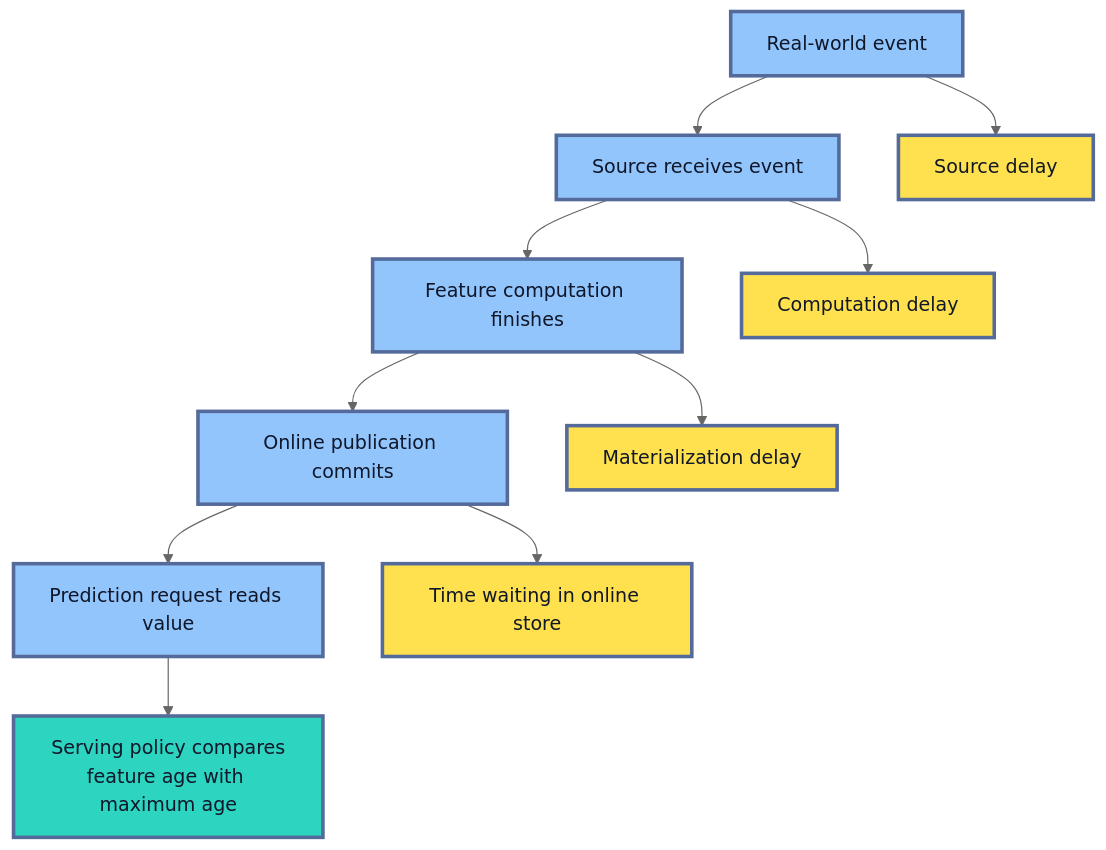
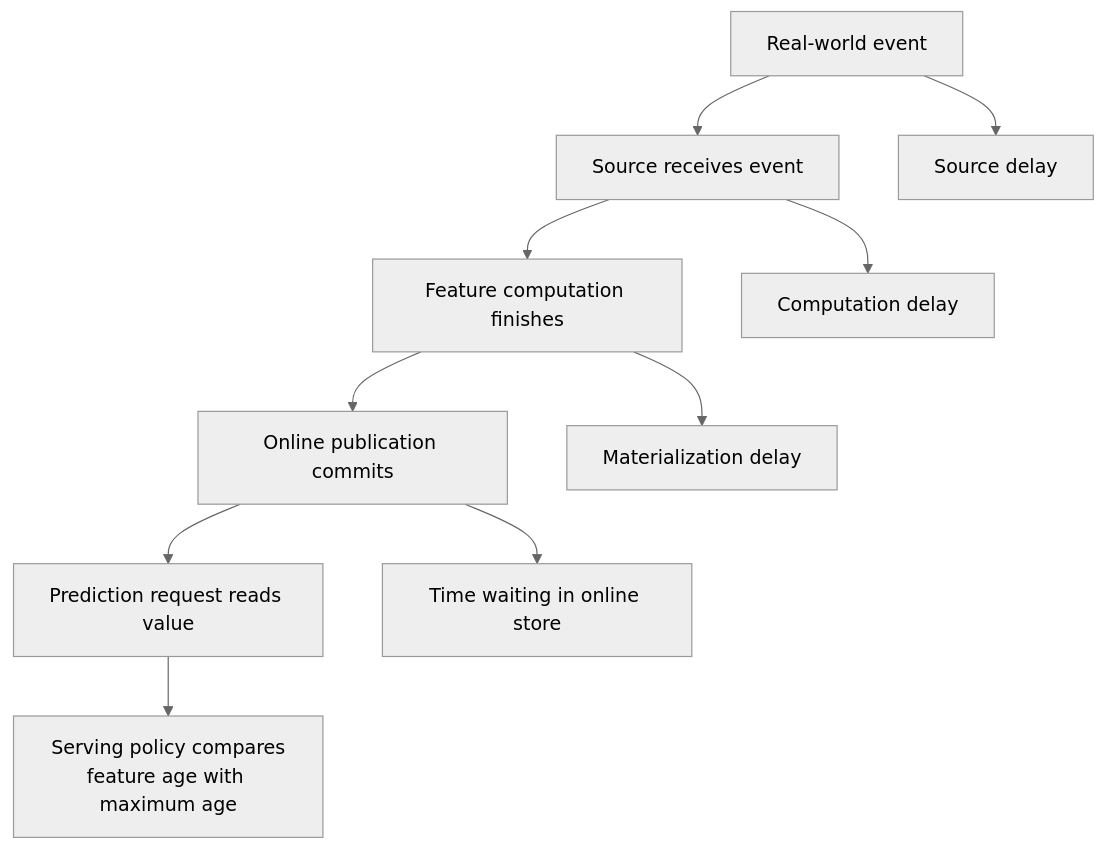
One commit to senlinyy/dev-roadmaps changed the fourth of 7 diagrams in roadmaps/mlops/modules/data-for-ml-systems/feature-management/02-online-vs-offline-features.md. Above: the diagram before and after it, drawn with Mermaid (neutral theme). The commit also changed other lines of this file and 152 other files, not shown here.

Commit message:
feat: mlops and diagrams updated

````diff
--- a/roadmaps/mlops/modules/data-for-ml-systems/feature-management/02-online-vs-offline-features.md
+++ b/roadmaps/mlops/modules/data-for-ml-systems/feature-management/02-online-vs-offline-features.md
@@ -285,19 +273,16 @@
 ```mermaid
 flowchart TD
     A["Real-world event"] --> B["Source receives event"]
     B --> C["Feature computation finishes"]
     C --> D["Online publication commits"]
     D --> E["Prediction request reads value"]
     A --> F["Source delay"]
     B --> G["Computation delay"]
     C --> H["Materialization delay"]
     D --> I["Time waiting in online store"]
     E --> J["Serving policy compares<br/>feature age with maximum age"]
 
-    classDef event fill:#93C5FD,stroke:#536A9A,stroke-width:3px,color:#0F172A
-    classDef delay fill:#FFE04F,stroke:#536A9A,stroke-width:3px,color:#111827
-    classDef decision fill:#2DD4BF,stroke:#536A9A,stroke-width:3px,color:#0F172A
     class A,B,C,D,E event
     class F,G,H,I delay
     class J decision
 ```
````
